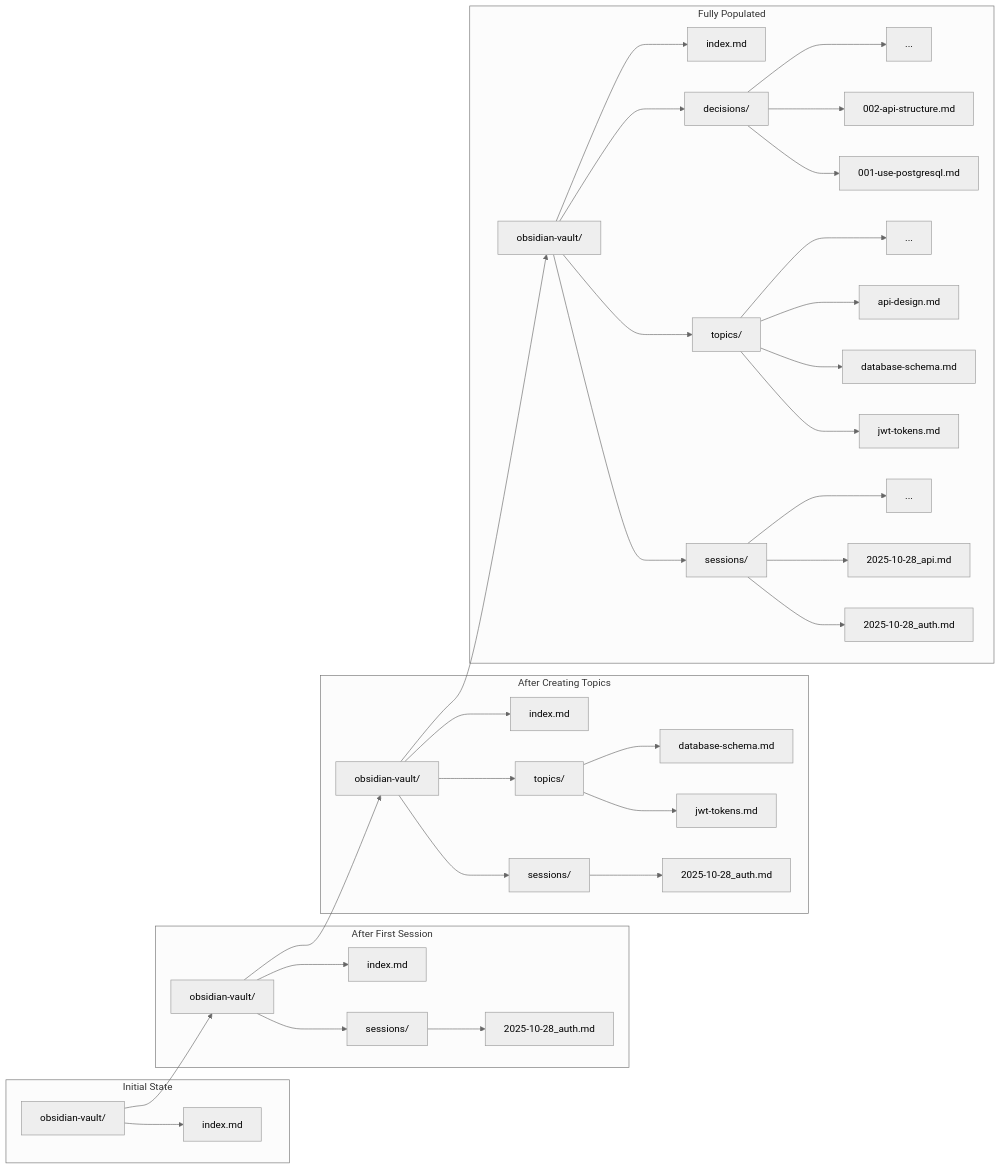
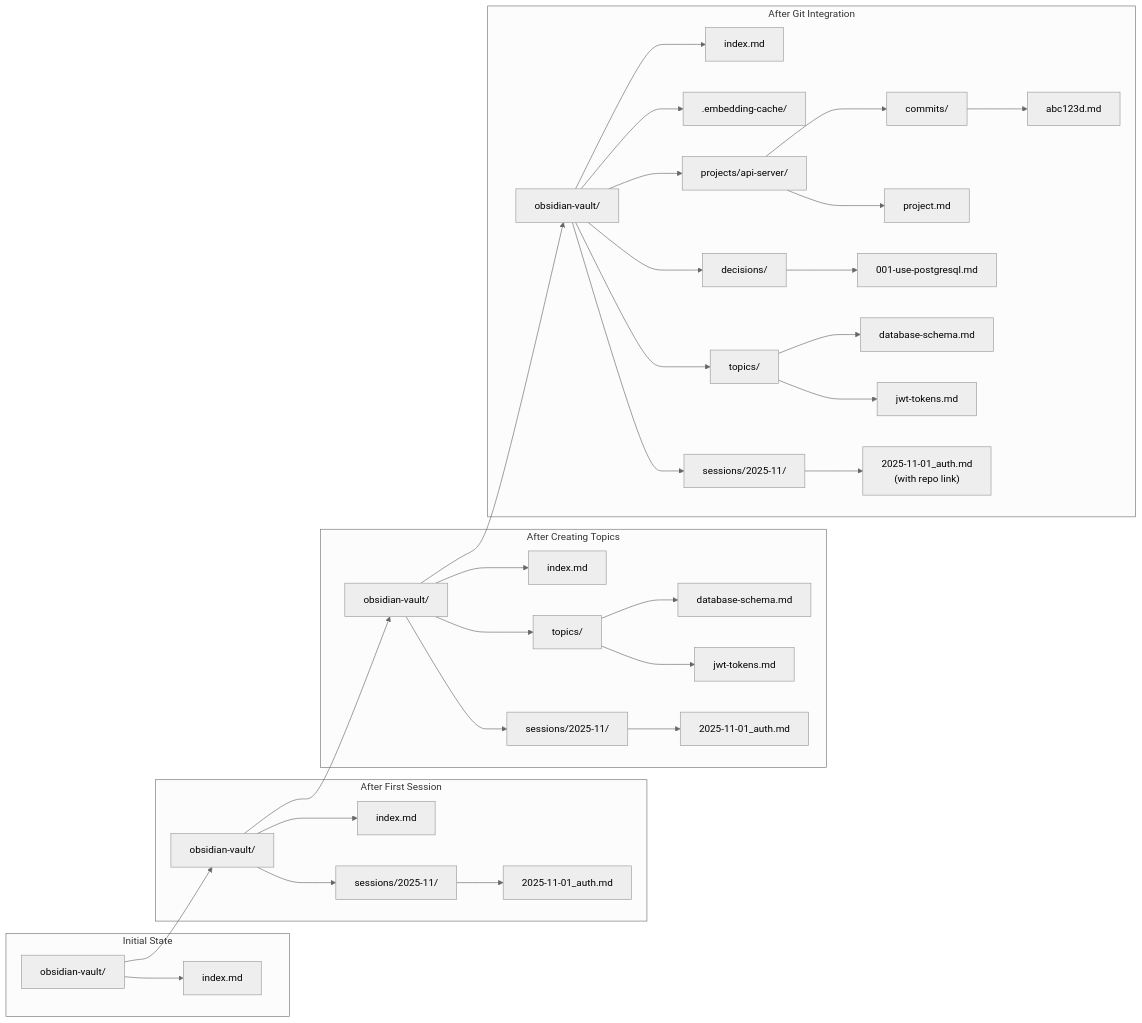
One commit to jsedwick/obsidian-mcp-server changed the fourth of 5 diagrams in ARCHITECTURE.md. Above: the diagram before and after it, drawn with Mermaid (neutral theme). The commit also changed other lines of this file and 1 other file, not shown here.

First line of the commit message:
docs: Update ARCHITECTURE and QUICKSTART with Git integration and semantic search

````diff
--- a/ARCHITECTURE.md
+++ b/ARCHITECTURE.md
@@ -128,46 +195,45 @@
 ```mermaid
 graph LR
     subgraph "Initial State"
         V1[obsidian-vault/]
         V1 --> I1[index.md]
     end
-    
+
     subgraph "After First Session"
         V2[obsidian-vault/]
-        V2 --> S1[sessions/]
-        S1 --> SF1[2025-10-28_auth.md]
+        V2 --> S1["sessions/2025-11/"]
+        S1 --> SF1["2025-11-01_auth.md"]
         V2 --> I2[index.md]
     end
-    
+
     subgraph "After Creating Topics"
         V3[obsidian-vault/]
-        V3 --> S2[sessions/]
-        S2 --> SF2[2025-10-28_auth.md]
+        V3 --> S2["sessions/2025-11/"]
+        S2 --> SF2["2025-11-01_auth.md"]
         V3 --> T1[topics/]
         T1 --> TF1[jwt-tokens.md]
         T1 --> TF2[database-schema.md]
         V3 --> I3[index.md]
     end
-    
-    subgraph "Fully Populated"
+
+    subgraph "After Git Integration"
         V4[obsidian-vault/]
-        V4 --> S3[sessions/]
-        S3 --> SF3[2025-10-28_auth.md]
-        S3 --> SF4[2025-10-28_api.md]
-        S3 --> SF5[...]
+        V4 --> S3["sessions/2025-11/"]
+        S3 --> SF3["2025-11-01_auth.md<br/>(with repo link)"]
         V4 --> T2[topics/]
         T2 --> TF3[jwt-tokens.md]
         T2 --> TF4[database-schema.md]
-        T2 --> TF5[api-design.md]
-        T2 --> TF6[...]
         V4 --> D1[decisions/]
-        D1 --> DF1[001-use-postgresql.md]
-        D1 --> DF2[002-api-structure.md]
-        D1 --> DF3[...]
+        D1 --> DF1["001-use-postgresql.md"]
+        V4 --> PR["projects/api-server/"]
+        PR --> PF1["project.md"]
+        PR --> PF2["commits/"]
+        PF2 --> CF1["abc123d.md"]
+        V4 --> EC[".embedding-cache/"]
         V4 --> I4[index.md]
     end
-    
+
     V1 --> V2
     V2 --> V3
     V3 --> V4
 ```
````
